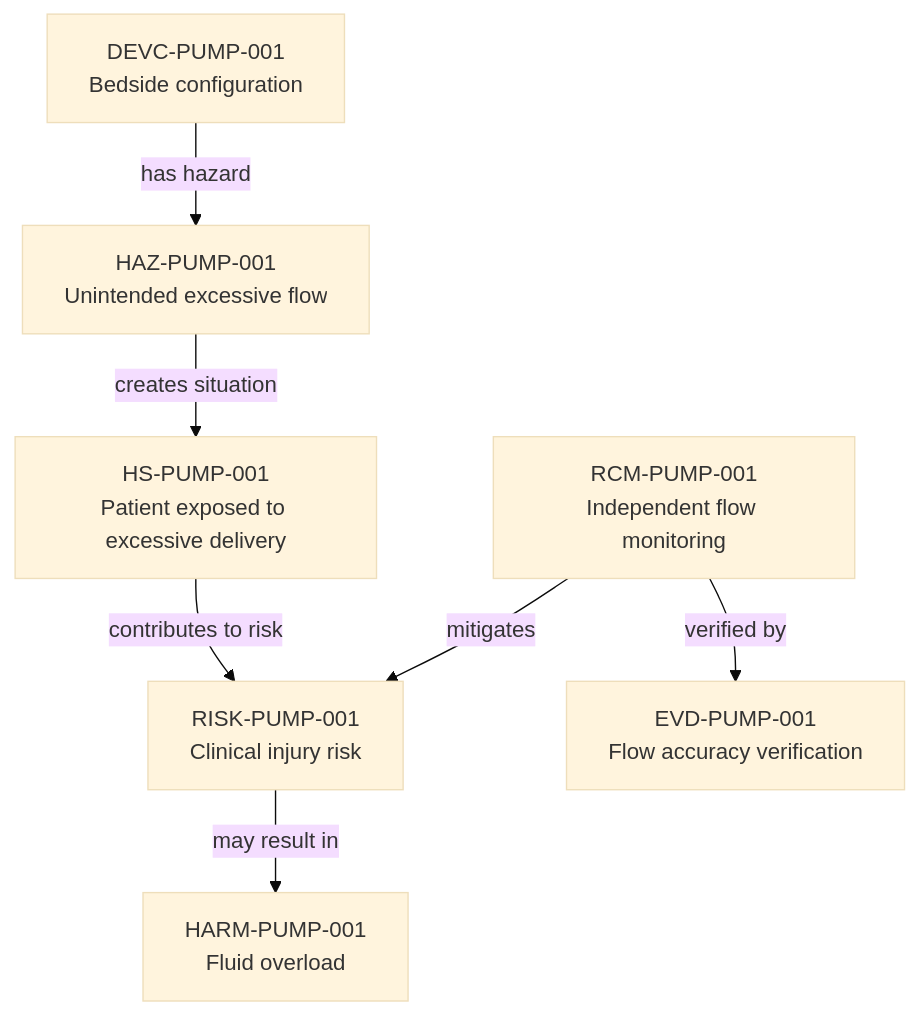
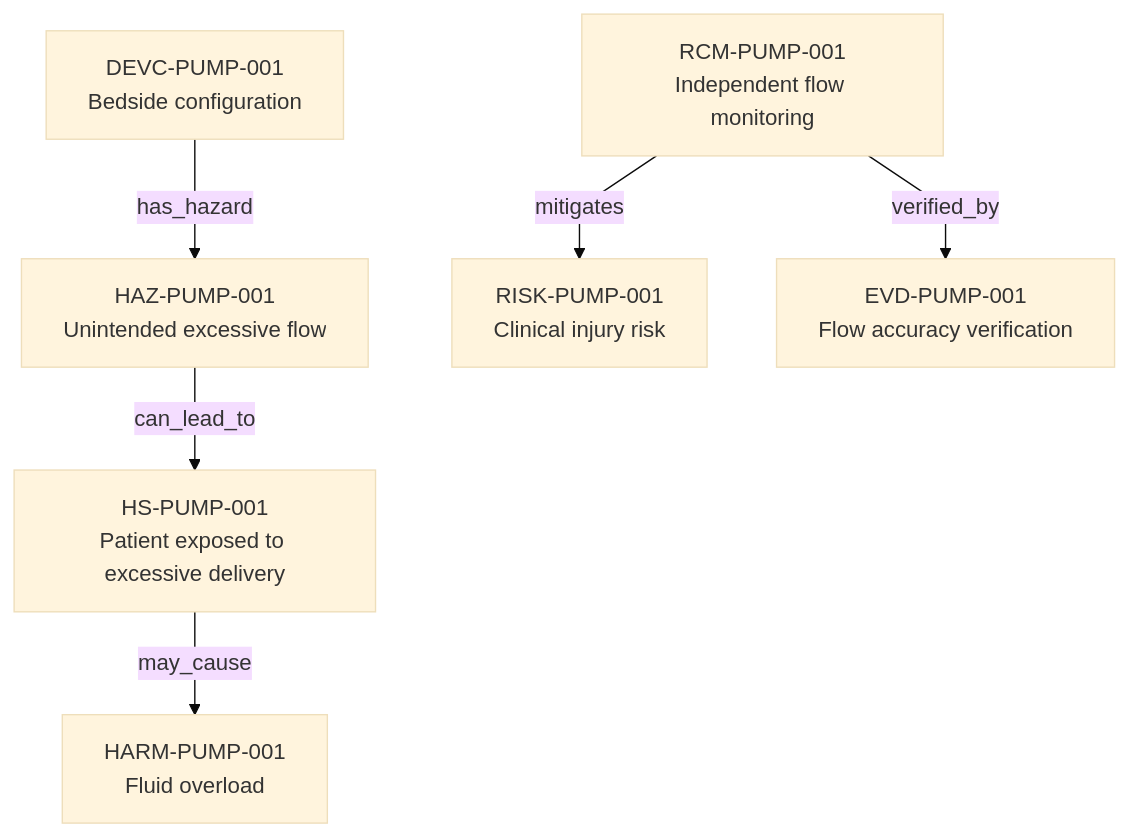
The diagram in content/06-Infpump FlowGuard ontology notes/connections/02-excessive-flow-risk-control-chain.md (mvattulainen/mdrontology), drawn with Mermaid (base theme) before and after one commit. The commit also changed other lines of this file and 321 other files, not shown here.

Commit message:
Implement Mermaid ontology audit findings

````diff
--- a/content/06-Infpump FlowGuard ontology notes/connections/02-excessive-flow-risk-control-chain.md
+++ b/content/06-Infpump FlowGuard ontology notes/connections/02-excessive-flow-risk-control-chain.md
@@ -25,23 +24,23 @@
 ```mermaid
+%%{init: {"flowchart": {"curve": "linear"}}}%%
 flowchart TD
   N1["DEVC-PUMP-001<br/>Bedside configuration"]
   N2["HAZ-PUMP-001<br/>Unintended excessive flow"]
   N3["HS-PUMP-001<br/>Patient exposed to excessive delivery"]
-  N4["RISK-PUMP-001<br/>Clinical injury risk"]
-  N5["HARM-PUMP-001<br/>Fluid overload"]
+  N4["HARM-PUMP-001<br/>Fluid overload"]
+  N5["RISK-PUMP-001<br/>Clinical injury risk"]
   N6["RCM-PUMP-001<br/>Independent flow monitoring"]
   N7["EVD-PUMP-001<br/>Flow accuracy verification"]
-  N1 -->|has hazard| N2
-  N2 -->|creates situation| N3
-  N3 -->|contributes to risk| N4
-  N4 -->|may result in| N5
-  N6 -->|mitigates| N4
-  N6 -->|verified by| N7
+  N1 -->|has_hazard| N2
+  N2 -->|can_lead_to| N3
+  N3 -->|may_cause| N4
+  N6 -->|mitigates| N5
+  N6 -->|verified_by| N7
   click N1 "/06-infpump-flowguard-ontology-notes/device-configuration/devc-pump-001-infpump-flowguard-bedside-configuration-10" "Open DEVC-PUMP-001"
   click N2 "/06-infpump-flowguard-ontology-notes/hazard/haz-pump-001-unintended-excessive-flow" "Open HAZ-PUMP-001"
   click N3 "/06-infpump-flowguard-ontology-notes/hazardous-situation/hs-pump-001-patient-connected-while-pump-delivers-above-programmed-rate" "Open HS-PUMP-001"
-  click N4 "/06-infpump-flowguard-ontology-notes/risk/risk-pump-001-clinical-injury-following-unintended-excessive-flow" "Open RISK-PUMP-001"
-  click N5 "/06-infpump-flowguard-ontology-notes/harm/harm-pump-001-fluid-overload" "Open HARM-PUMP-001"
+  click N4 "/06-infpump-flowguard-ontology-notes/harm/harm-pump-001-fluid-overload" "Open HARM-PUMP-001"
+  click N5 "/06-infpump-flowguard-ontology-notes/risk/risk-pump-001-clinical-injury-following-unintended-excessive-flow" "Open RISK-PUMP-001"
   click N6 "/06-infpump-flowguard-ontology-notes/risk-control-measure/rcm-pump-001-independent-flow-monitoring" "Open RCM-PUMP-001"
   click N7 "/06-infpump-flowguard-ontology-notes/verification-evidence/evd-pump-001-flow-accuracy-verification-report" "Open EVD-PUMP-001"
 ```
````
